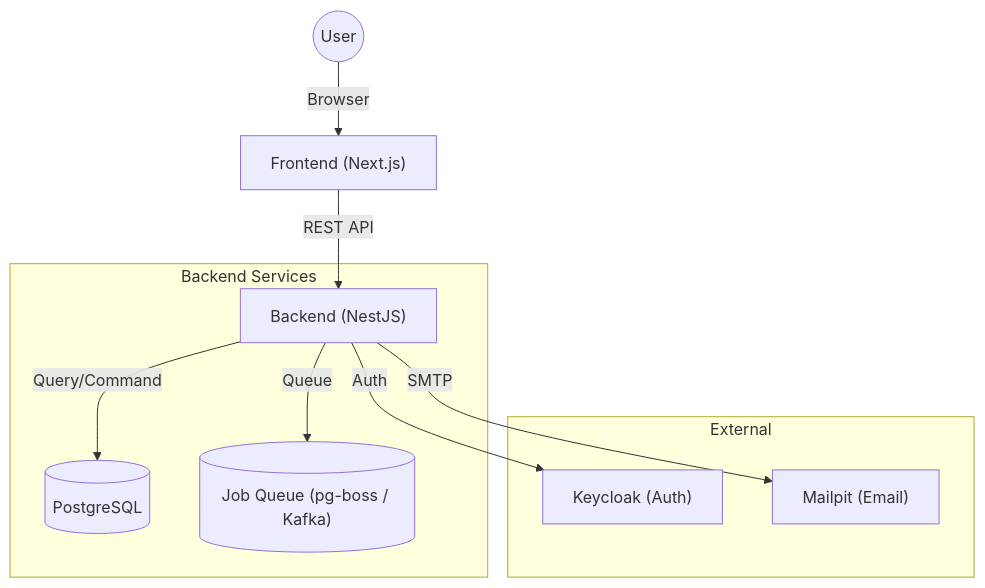
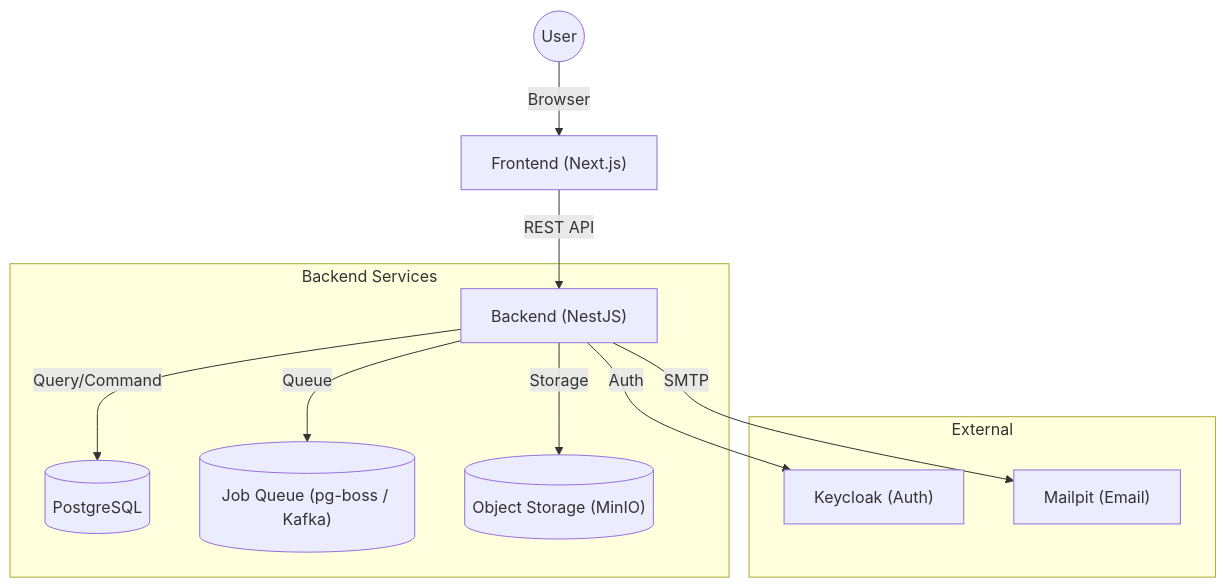
One commit to kenichi-33/flow-craft changed the diagram in README.md. Above: the diagram before and after it, drawn with Mermaid. The commit also changed 6 other files, not shown here.

````diff
--- a/README.md
+++ b/README.md
@@ -54,15 +54,16 @@
 ```mermaid
 graph TD
     User((User)) -->|Browser| Frontend["Frontend (Next.js)"]
     Frontend -->|REST API| Backend["Backend (NestJS)"]
     
     subgraph Backend Services
         Backend -->|Query/Command| DB[("PostgreSQL")]
         Backend -->|Queue| Queue[("Job Queue (pg-boss / Kafka)")]
+        Backend -->|Storage| S3[("Object Storage (MinIO)")]
     end
     
     subgraph External
         Backend -->|Auth| Keycloak["Keycloak (Auth)"]
         Backend -->|SMTP| Mailpit["Mailpit (Email)"]
     end
 ```
````
